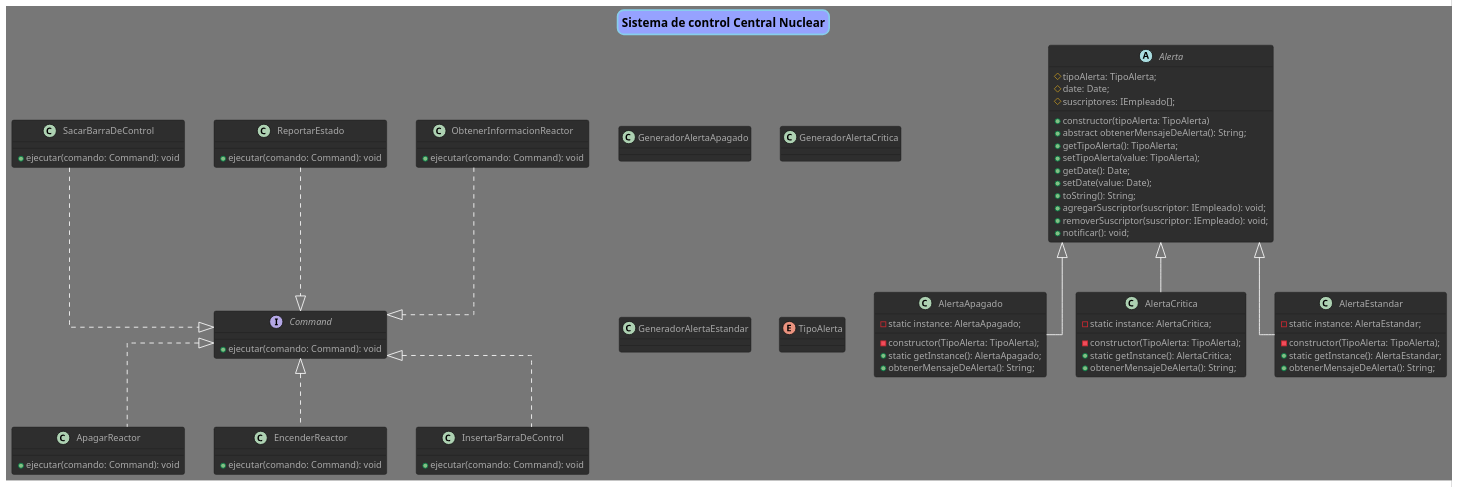
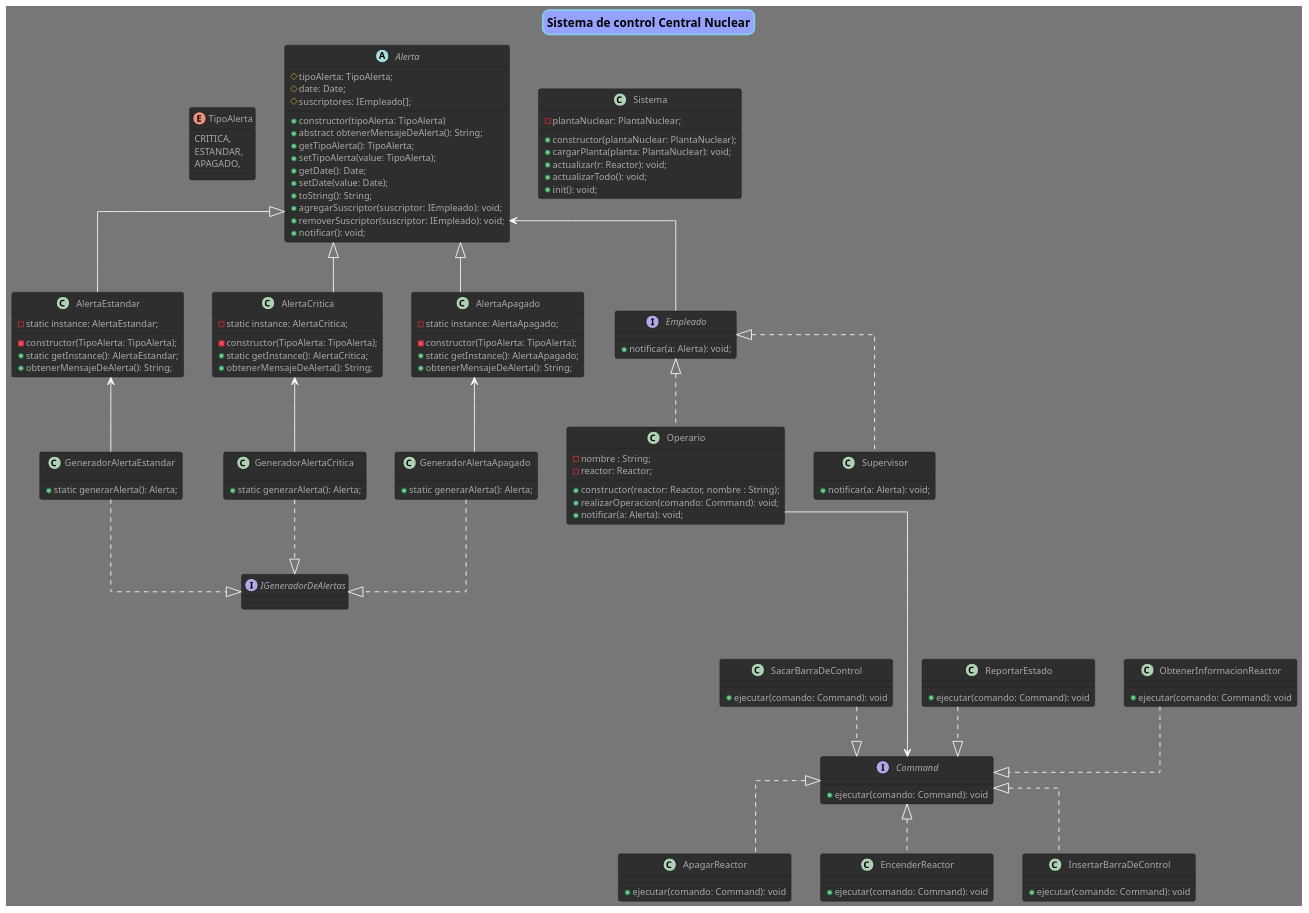
Before and after one commit to fmiguezo/reactor_nuclear: the diagram in diagrams/clases_sistema_control.puml, drawn with PlantUML. The commit also changed 1 other file, not shown here.

Commit message:
Version final de diagrama del sistema, actualizado en el unificado

```diff
--- a/diagrams/clases_sistema_control.puml
+++ b/diagrams/clases_sistema_control.puml
@@ -1,114 +1,161 @@
 @startuml Tp
 
 title "Sistema de control Central Nuclear"
 !theme reddress-darkblue
 scale 1.3
 skinparam Linetype ortho
 
 skinparam titleBorderRoundCorner 15
 skinparam titleBorderThickness 2
 skinparam titleBorderColor skyBlue
 skinparam titleBackgroundColor #96a2ff
 
 
 
 interface Command {
     +ejecutar(comando: Command): void
 }
 
 class ApagarReactor {
     +ejecutar(comando: Command): void
 }
 
 class EncenderReactor {
     +ejecutar(comando: Command): void
 }
 
 class InsertarBarraDeControl {
     +ejecutar(comando: Command): void
 }
 
 class ObtenerInformacionReactor {
     +ejecutar(comando: Command): void
 }
 
 class ReportarEstado {
     +ejecutar(comando: Command): void
 }
 
 class SacarBarraDeControl {
     +ejecutar(comando: Command): void
 }
 
 abstract class Alerta {
     #tipoAlerta: TipoAlerta;
     #date: Date;
     #suscriptores: IEmpleado[];
 
     +constructor(tipoAlerta: TipoAlerta)
     +abstract obtenerMensajeDeAlerta(): String;
     +getTipoAlerta(): TipoAlerta;
     +setTipoAlerta(value: TipoAlerta);
     +getDate(): Date;
     +setDate(value: Date);
     +toString(): String;
     +agregarSuscriptor(suscriptor: IEmpleado): void;
     +removerSuscriptor(suscriptor: IEmpleado): void;
     +notificar(): void;
 }
 
 class AlertaApagado {
     -static instance: AlertaApagado;
 
     -constructor(TipoAlerta: TipoAlerta);
     +static getInstance(): AlertaApagado;
     +obtenerMensajeDeAlerta(): String;
 }
 
 class AlertaCritica {
     -static instance: AlertaCritica;
 
     -constructor(TipoAlerta: TipoAlerta);
     +static getInstance(): AlertaCritica;
     +obtenerMensajeDeAlerta(): String;
 }
 
 class AlertaEstandar {
     -static instance: AlertaEstandar;
 
     -constructor(TipoAlerta: TipoAlerta);
     +static getInstance(): AlertaEstandar;
     +obtenerMensajeDeAlerta(): String;
 }
 
+interface IGeneradorDeAlertas {
+    
+}
+
 class GeneradorAlertaApagado {
-
+    +static generarAlerta(): Alerta;
 }
 
 class GeneradorAlertaCritica {
-
+    +static generarAlerta(): Alerta;
 }
 
 class GeneradorAlertaEstandar {
-
+    +static generarAlerta(): Alerta;
 }
 
 enum TipoAlerta {
-
+    CRITICA,
+    ESTANDAR,
+    APAGADO,
 }
 
+interface Empleado {
+    +notificar(a: Alerta): void;
+}
+
+class Operario {
+    -nombre : String;
+    -reactor: Reactor;
+
+    +constructor(reactor: Reactor, nombre : String);
+    +realizarOperacion(comando: Command): void;
+    +notificar(a: Alerta): void;
+}
+
+class Supervisor {
+    +notificar(a: Alerta): void;
+}
+
+class Sistema {
+    -plantaNuclear: PlantaNuclear;
+
+    +constructor(plantaNuclear: PlantaNuclear);
+    +cargarPlanta(planta: PlantaNuclear): void;
+    +actualizar(r: Reactor): void;
+    +actualizarTodo(): void;
+    +init(): void;
+}
 
 
 ' Relaciones
 Command <|.. ApagarReactor
 Command <|.. EncenderReactor
 Command <|.. InsertarBarraDeControl
 Command <|.u. ObtenerInformacionReactor
 Command <|.u. ReportarEstado
 Command <|.u. SacarBarraDeControl
 
+Operario ----> Command
+
 Alerta <|-- AlertaApagado
 Alerta <|-- AlertaCritica
 Alerta <|-- AlertaEstandar
+Alerta -l[hidden]- TipoAlerta
+Alerta <-- Empleado
+
+IGeneradorDeAlertas <|.u. GeneradorAlertaApagado
+IGeneradorDeAlertas <|.u. GeneradorAlertaCritica
+IGeneradorDeAlertas <|.u. GeneradorAlertaEstandar
+
+GeneradorAlertaApagado -u-> AlertaApagado
+GeneradorAlertaCritica -u-> AlertaCritica
+GeneradorAlertaEstandar -u-> AlertaEstandar
+
+Empleado <|.. Operario
+Empleado <|.. Supervisor
 
 @enduml
```
